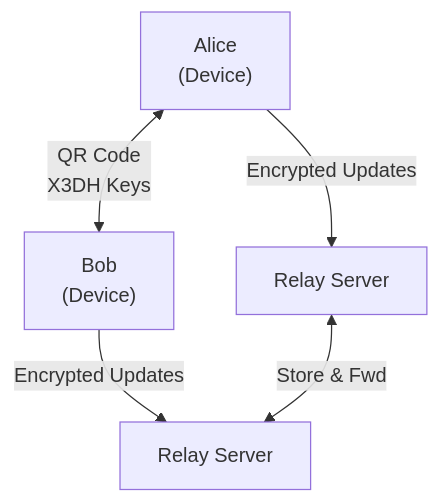
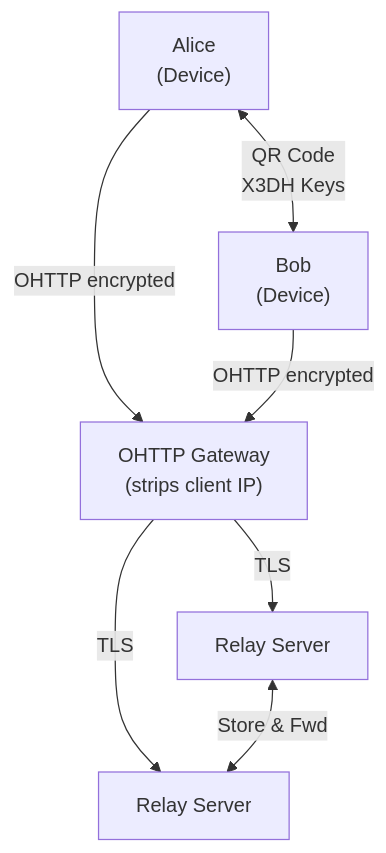
The diagram in vauchi-core/ARCHITECTURE.md (vauchi/core), drawn with Mermaid before and after one commit. The commit also changed other lines of this file, not shown here.

Commit message:
docs: add OHTTP gateway to ARCHITECTURE data flow
Per ADR-037, all production client↔relay traffic flows through an
OHTTP gateway for IP privacy: the relay never sees client IPs and
the gateway never sees request content. The data flow diagram now
reflects this. Footnote added below the diagram.

````diff
--- a/vauchi-core/ARCHITECTURE.md
+++ b/vauchi-core/ARCHITECTURE.md
@@ -27,11 +27,14 @@
 ```mermaid
 flowchart TB
     Alice["Alice<br/>(Device)"]
     Bob["Bob<br/>(Device)"]
+    Gateway["OHTTP Gateway<br/>(strips client IP)"]
     RelayA["Relay Server"]
     RelayB["Relay Server"]
     Alice <-- "QR Code<br/>X3DH Keys" --> Bob
-    Alice -- "Encrypted Updates" --> RelayA
-    Bob -- "Encrypted Updates" --> RelayB
+    Alice -- "OHTTP encrypted" --> Gateway
+    Bob -- "OHTTP encrypted" --> Gateway
+    Gateway -- "TLS" --> RelayA
+    Gateway -- "TLS" --> RelayB
     RelayA <-- "Store & Fwd" --> RelayB
 ```
````
